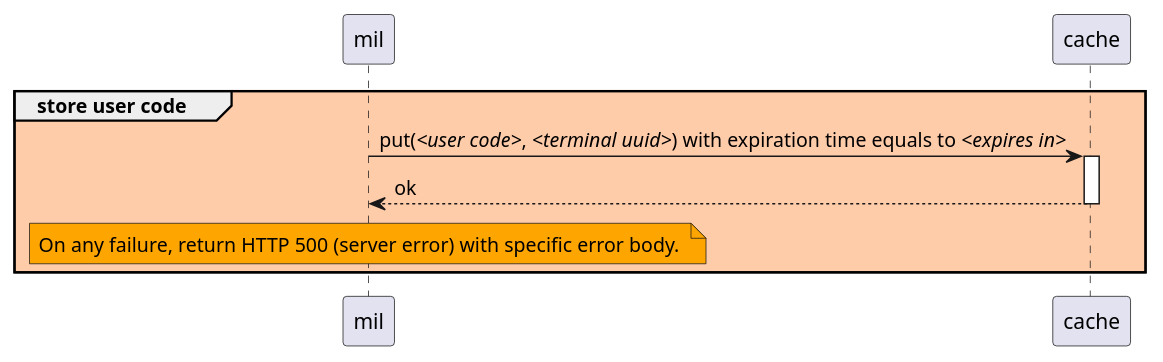
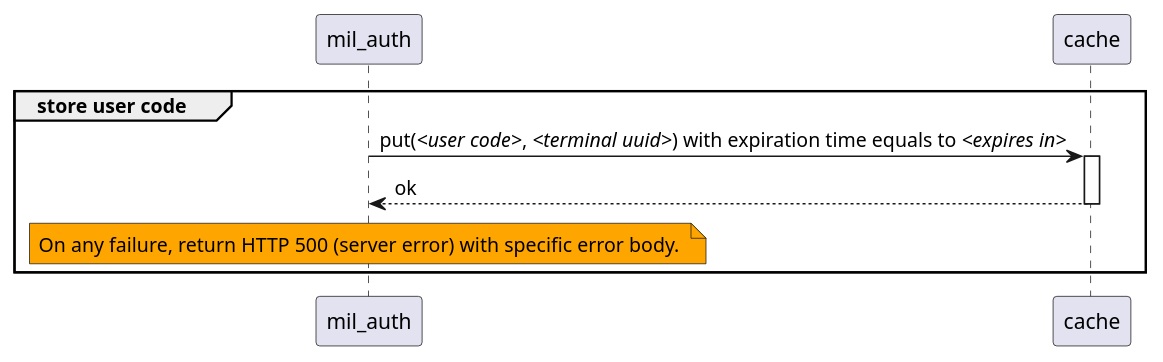
Before and after one commit to pagopa/mil-diags: the diagram in sequence_diags/pagoPA/pos_management/store_user_code.puml, drawn with PlantUML. The commit also changed 37 other files, not shown here.

```diff
--- a/sequence_diags/pagoPA/pos_management/store_user_code.puml
+++ b/sequence_diags/pagoPA/pos_management/store_user_code.puml
@@ -1,8 +1,8 @@
-group #FFCCAA store user code
-	mil -> cache ++ : put(//<user code>//, //<terminal uuid>//) with expiration time equals to //<expires in>//
-	cache --> mil -- : ok
+group store user code
+	mil_auth -> cache ++ : put(//<user code>//, //<terminal uuid>//) with expiration time equals to //<expires in>//
+	cache --> mil_auth -- : ok
 
-    note over mil #Orange
+    note over mil_auth #Orange
 	    On any failure, return HTTP 500 (server error) with specific error body. 
     end note
 end
```
